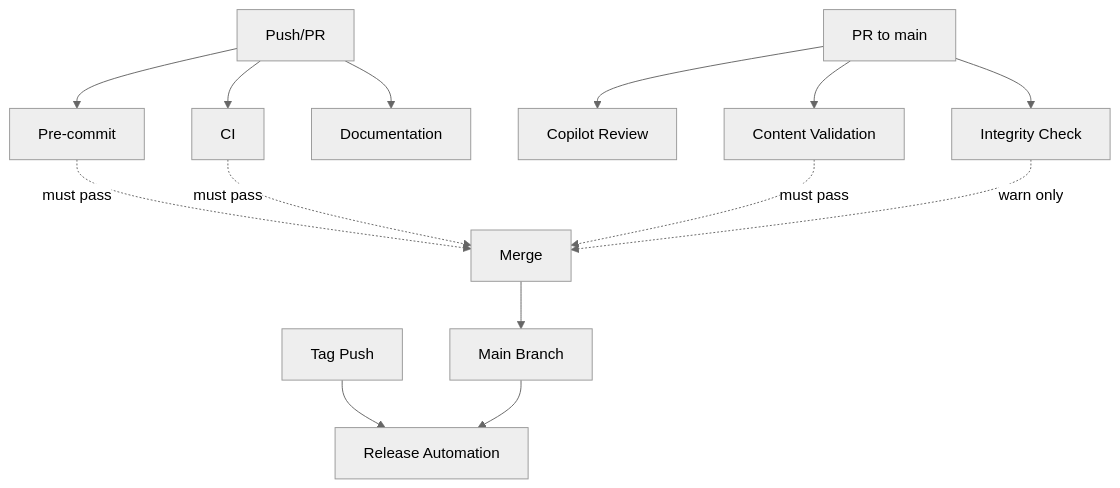
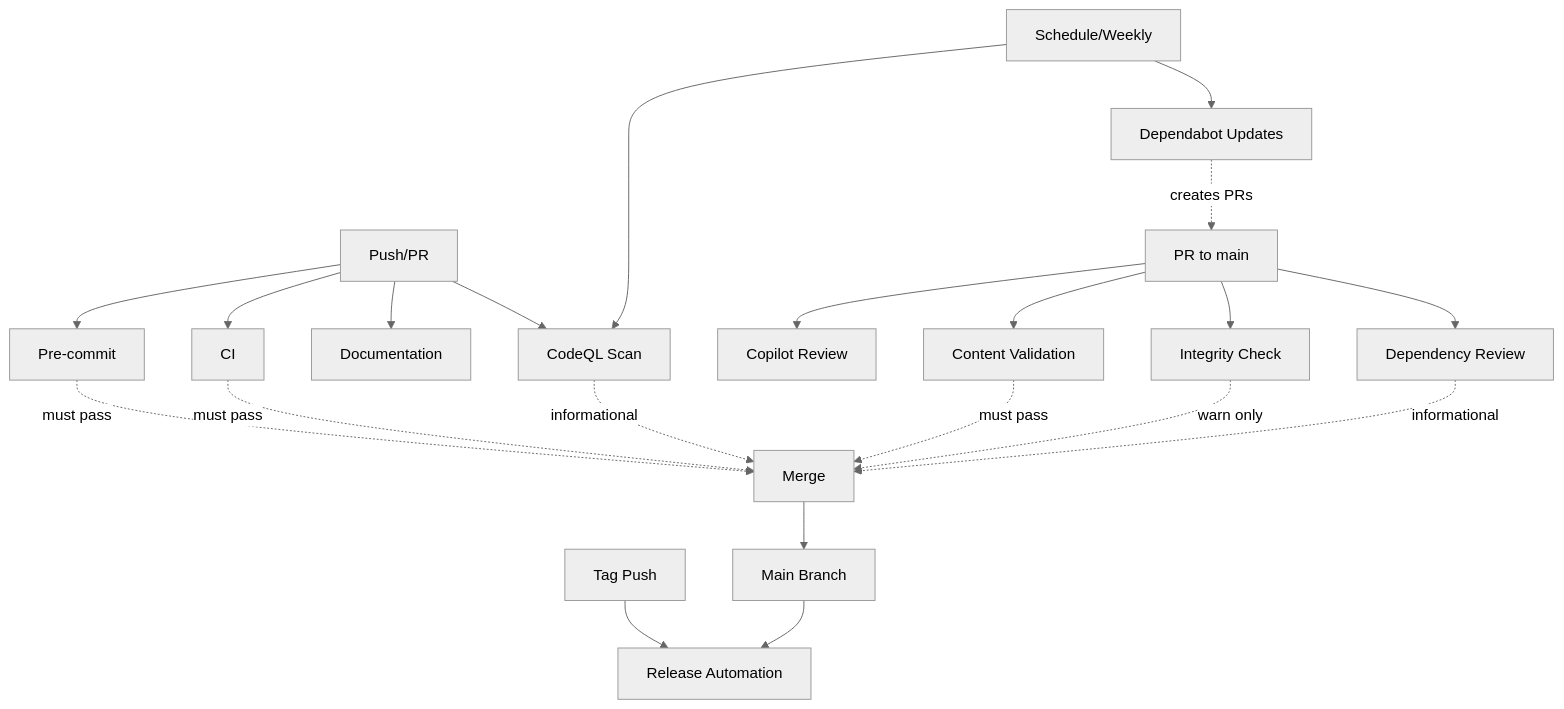
Before and after one commit to focofaco/ceocont-etica-public-resources: the diagram in .github/workflows/README.md, drawn with Mermaid (neutral theme). The commit also changed other lines of this file and 3 other files, not shown here.

````diff
--- a/.github/workflows/README.md
+++ b/.github/workflows/README.md
@@ -132,20 +186,29 @@
 ```mermaid
 graph TD
     A[Push/PR] --> B[Pre-commit]
     A --> C[CI]
     A --> D[Documentation]
+    A --> M[CodeQL Scan]
 
     E[PR to main] --> F[Copilot Review]
     E --> G[Content Validation]
     E --> H[Integrity Check]
+    E --> N[Dependency Review]
 
     I[Tag Push] --> J[Release Automation]
+
+    O[Schedule/Weekly] --> M
+    O --> P[Dependabot Updates]
 
     B -.->|must pass| K[Merge]
     C -.->|must pass| K
     G -.->|must pass| K
     H -.->|warn only| K
+    M -.->|informational| K
+    N -.->|informational| K
 
     K --> L[Main Branch]
     L --> J
+
+    P -.->|creates PRs| E
 ```
````
